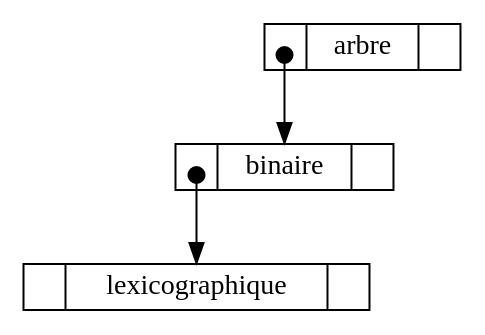
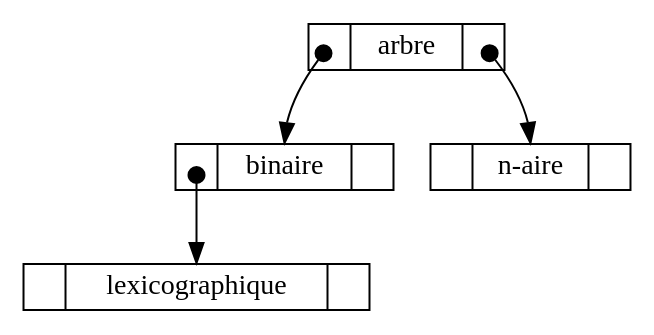
Before and after one commit to AnriOfAstora94/DM_algo_des_arbres: the diagram in A2.dot, drawn with Graphviz. The commit also changed 4 other files, not shown here.

```diff
--- a/A2.dot
+++ b/A2.dot
@@ -1,6 +1,7 @@
 digraph arbre {
 node [shape=record, height=.1]
 edge [tailclip=false, arrowtail = dot, dir=both];
-n0x55a743b06ae0 [label="<gauche > | <valeur > arbre | <droite >"]n0x55a743b06ae0:gauche:c -> n0x55a743b06b20:valeur
-n0x55a743b06b20 [label="<gauche > | <valeur > binaire | <droite >"]n0x55a743b06b20:gauche:c -> n0x55a743b06b60:valeur
-n0x55a743b06b60 [label="<gauche > | <valeur > lexicographique | <droite >"]}
+n0x559362899ae0 [label="<gauche > | <valeur > arbre | <droite >"]n0x559362899ae0:droite:c -> n0x559362899ba0:valeur
+n0x559362899ba0 [label="<gauche > | <valeur > n-aire | <droite >"]n0x559362899ae0:gauche:c -> n0x559362899b20:valeur
+n0x559362899b20 [label="<gauche > | <valeur > binaire | <droite >"]n0x559362899b20:gauche:c -> n0x559362899b60:valeur
+n0x559362899b60 [label="<gauche > | <valeur > lexicographique | <droite >"]}
```
